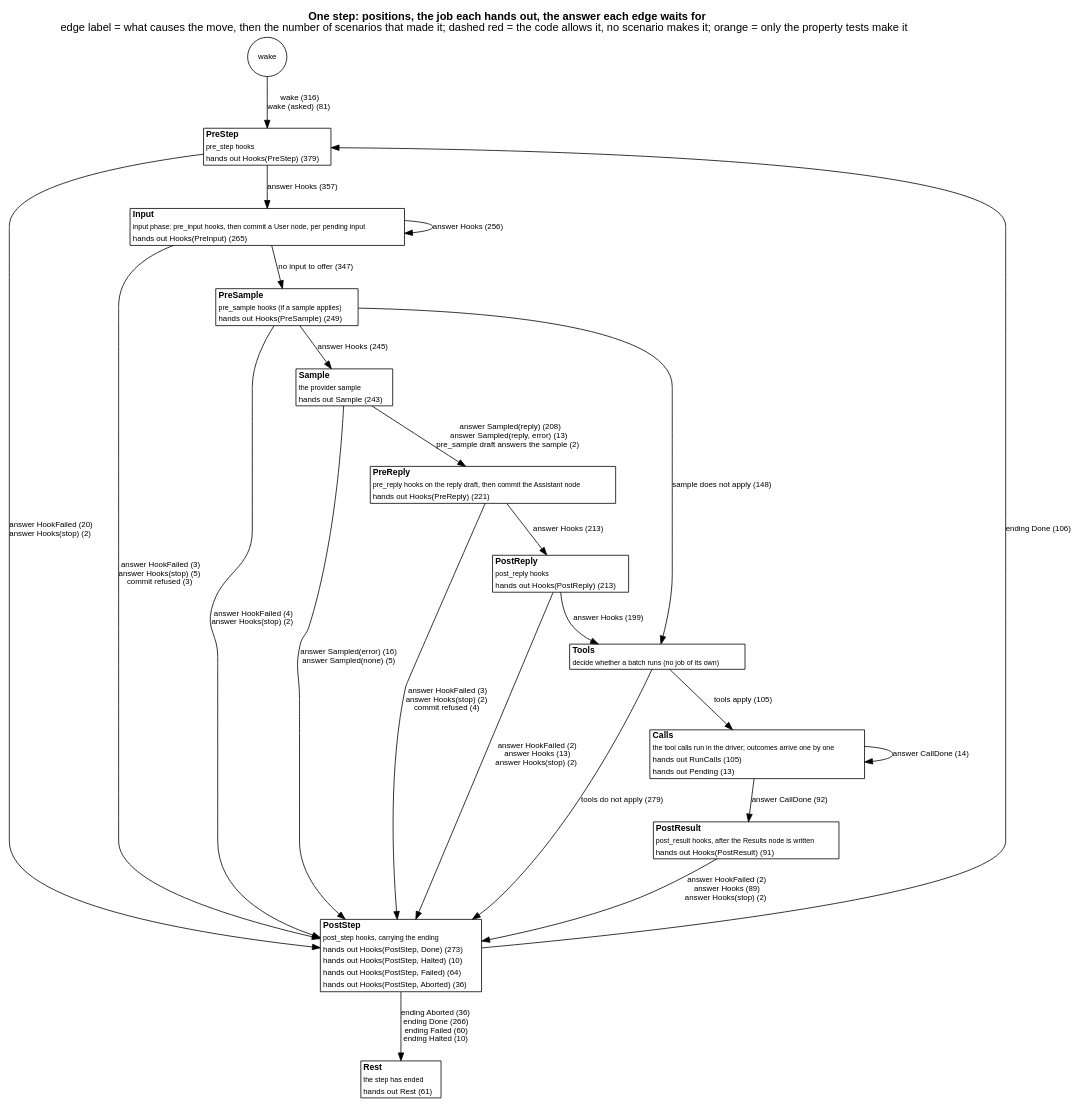
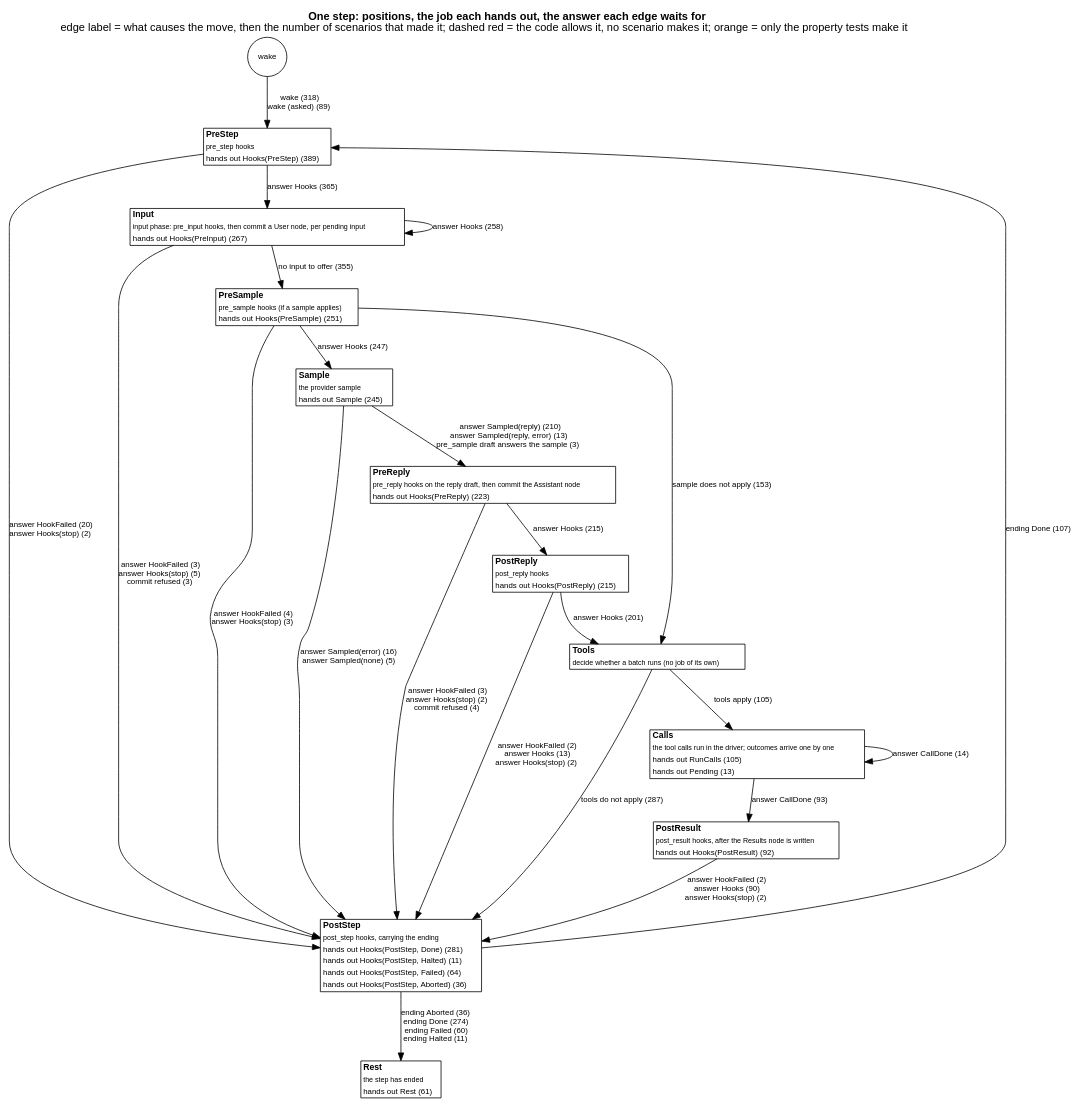
Before and after one commit to jmccardle/tau: the diagram in docs/as-built/diagrams/step-positions.dot, drawn with Graphviz. The commit also changed 37 other files, not shown here.

```diff
--- a/docs/as-built/diagrams/step-positions.dot
+++ b/docs/as-built/diagrams/step-positions.dot
@@ -1,40 +1,40 @@
 // Generated by scripts/diagrams.sh from the test suites' transitions. Do not edit.
 digraph step_positions {
   graph [rankdir=TB, fontname="Helvetica", nodesep=0.5, ranksep=0.6, labelloc=t, label=<<b>One step: positions, the job each hands out, the answer each edge waits for</b><br/>edge label = what causes the move, then the number of scenarios that made it; dashed red = the code allows it, no scenario makes it; orange = only the property tests make it>];
   node [shape=plain, fontname="Helvetica", fontsize=11];
   edge [fontname="Helvetica", fontsize=10];
   "(wake)" [shape=circle, label="wake", fontsize=10];
-  "PreStep" [label=<<table border="1" cellborder="0" cellspacing="0" bgcolor="white"><tr><td align="left"><b>PreStep</b></td></tr><tr><td align="left"><font point-size="9">pre_step hooks</font></td></tr><tr><td align="left"><font color="black" point-size="10">hands out Hooks(PreStep) (379)</font></td></tr></table>>];
-  "Input" [label=<<table border="1" cellborder="0" cellspacing="0" bgcolor="white"><tr><td align="left"><b>Input</b></td></tr><tr><td align="left"><font point-size="9">input phase: pre_input hooks, then commit a User node, per pending input</font></td></tr><tr><td align="left"><font color="black" point-size="10">hands out Hooks(PreInput) (265)</font></td></tr></table>>];
-  "PreSample" [label=<<table border="1" cellborder="0" cellspacing="0" bgcolor="white"><tr><td align="left"><b>PreSample</b></td></tr><tr><td align="left"><font point-size="9">pre_sample hooks (if a sample applies)</font></td></tr><tr><td align="left"><font color="black" point-size="10">hands out Hooks(PreSample) (249)</font></td></tr></table>>];
-  "Sample" [label=<<table border="1" cellborder="0" cellspacing="0" bgcolor="white"><tr><td align="left"><b>Sample</b></td></tr><tr><td align="left"><font point-size="9">the provider sample</font></td></tr><tr><td align="left"><font color="black" point-size="10">hands out Sample (243)</font></td></tr></table>>];
-  "PreReply" [label=<<table border="1" cellborder="0" cellspacing="0" bgcolor="white"><tr><td align="left"><b>PreReply</b></td></tr><tr><td align="left"><font point-size="9">pre_reply hooks on the reply draft, then commit the Assistant node</font></td></tr><tr><td align="left"><font color="black" point-size="10">hands out Hooks(PreReply) (221)</font></td></tr></table>>];
-  "PostReply" [label=<<table border="1" cellborder="0" cellspacing="0" bgcolor="white"><tr><td align="left"><b>PostReply</b></td></tr><tr><td align="left"><font point-size="9">post_reply hooks</font></td></tr><tr><td align="left"><font color="black" point-size="10">hands out Hooks(PostReply) (213)</font></td></tr></table>>];
+  "PreStep" [label=<<table border="1" cellborder="0" cellspacing="0" bgcolor="white"><tr><td align="left"><b>PreStep</b></td></tr><tr><td align="left"><font point-size="9">pre_step hooks</font></td></tr><tr><td align="left"><font color="black" point-size="10">hands out Hooks(PreStep) (389)</font></td></tr></table>>];
+  "Input" [label=<<table border="1" cellborder="0" cellspacing="0" bgcolor="white"><tr><td align="left"><b>Input</b></td></tr><tr><td align="left"><font point-size="9">input phase: pre_input hooks, then commit a User node, per pending input</font></td></tr><tr><td align="left"><font color="black" point-size="10">hands out Hooks(PreInput) (267)</font></td></tr></table>>];
+  "PreSample" [label=<<table border="1" cellborder="0" cellspacing="0" bgcolor="white"><tr><td align="left"><b>PreSample</b></td></tr><tr><td align="left"><font point-size="9">pre_sample hooks (if a sample applies)</font></td></tr><tr><td align="left"><font color="black" point-size="10">hands out Hooks(PreSample) (251)</font></td></tr></table>>];
+  "Sample" [label=<<table border="1" cellborder="0" cellspacing="0" bgcolor="white"><tr><td align="left"><b>Sample</b></td></tr><tr><td align="left"><font point-size="9">the provider sample</font></td></tr><tr><td align="left"><font color="black" point-size="10">hands out Sample (245)</font></td></tr></table>>];
+  "PreReply" [label=<<table border="1" cellborder="0" cellspacing="0" bgcolor="white"><tr><td align="left"><b>PreReply</b></td></tr><tr><td align="left"><font point-size="9">pre_reply hooks on the reply draft, then commit the Assistant node</font></td></tr><tr><td align="left"><font color="black" point-size="10">hands out Hooks(PreReply) (223)</font></td></tr></table>>];
+  "PostReply" [label=<<table border="1" cellborder="0" cellspacing="0" bgcolor="white"><tr><td align="left"><b>PostReply</b></td></tr><tr><td align="left"><font point-size="9">post_reply hooks</font></td></tr><tr><td align="left"><font color="black" point-size="10">hands out Hooks(PostReply) (215)</font></td></tr></table>>];
   "Tools" [label=<<table border="1" cellborder="0" cellspacing="0" bgcolor="white"><tr><td align="left"><b>Tools</b></td></tr><tr><td align="left"><font point-size="9">decide whether a batch runs (no job of its own)</font></td></tr></table>>];
   "Calls" [label=<<table border="1" cellborder="0" cellspacing="0" bgcolor="white"><tr><td align="left"><b>Calls</b></td></tr><tr><td align="left"><font point-size="9">the tool calls run in the driver; outcomes arrive one by one</font></td></tr><tr><td align="left"><font color="black" point-size="10">hands out RunCalls (105)</font></td></tr><tr><td align="left"><font color="black" point-size="10">hands out Pending (13)</font></td></tr></table>>];
-  "PostResult" [label=<<table border="1" cellborder="0" cellspacing="0" bgcolor="white"><tr><td align="left"><b>PostResult</b></td></tr><tr><td align="left"><font point-size="9">post_result hooks, after the Results node is written</font></td></tr><tr><td align="left"><font color="black" point-size="10">hands out Hooks(PostResult) (91)</font></td></tr></table>>];
-  "PostStep" [label=<<table border="1" cellborder="0" cellspacing="0" bgcolor="white"><tr><td align="left"><b>PostStep</b></td></tr><tr><td align="left"><font point-size="9">post_step hooks, carrying the ending</font></td></tr><tr><td align="left"><font color="black" point-size="10">hands out Hooks(PostStep, Done) (273)</font></td></tr><tr><td align="left"><font color="black" point-size="10">hands out Hooks(PostStep, Halted) (10)</font></td></tr><tr><td align="left"><font color="black" point-size="10">hands out Hooks(PostStep, Failed) (64)</font></td></tr><tr><td align="left"><font color="black" point-size="10">hands out Hooks(PostStep, Aborted) (36)</font></td></tr></table>>];
+  "PostResult" [label=<<table border="1" cellborder="0" cellspacing="0" bgcolor="white"><tr><td align="left"><b>PostResult</b></td></tr><tr><td align="left"><font point-size="9">post_result hooks, after the Results node is written</font></td></tr><tr><td align="left"><font color="black" point-size="10">hands out Hooks(PostResult) (92)</font></td></tr></table>>];
+  "PostStep" [label=<<table border="1" cellborder="0" cellspacing="0" bgcolor="white"><tr><td align="left"><b>PostStep</b></td></tr><tr><td align="left"><font point-size="9">post_step hooks, carrying the ending</font></td></tr><tr><td align="left"><font color="black" point-size="10">hands out Hooks(PostStep, Done) (281)</font></td></tr><tr><td align="left"><font color="black" point-size="10">hands out Hooks(PostStep, Halted) (11)</font></td></tr><tr><td align="left"><font color="black" point-size="10">hands out Hooks(PostStep, Failed) (64)</font></td></tr><tr><td align="left"><font color="black" point-size="10">hands out Hooks(PostStep, Aborted) (36)</font></td></tr></table>>];
   "Rest" [label=<<table border="1" cellborder="0" cellspacing="0" bgcolor="white"><tr><td align="left"><b>Rest</b></td></tr><tr><td align="left"><font point-size="9">the step has ended</font></td></tr><tr><td align="left"><font color="black" point-size="10">hands out Rest (61)</font></td></tr></table>>];
-  "(wake)" -> "PreStep" [label=<wake (316)<br/>wake (asked) (81)>, color="black", style=solid];
+  "(wake)" -> "PreStep" [label=<wake (318)<br/>wake (asked) (89)>, color="black", style=solid];
   "Calls" -> "Calls" [label=<answer CallDone (14)>, color="black", style=solid];
-  "Calls" -> "PostResult" [label=<answer CallDone (92)>, color="black", style=solid];
-  "Input" -> "Input" [label=<answer Hooks (256)>, color="black", style=solid];
+  "Calls" -> "PostResult" [label=<answer CallDone (93)>, color="black", style=solid];
+  "Input" -> "Input" [label=<answer Hooks (258)>, color="black", style=solid];
   "Input" -> "PostStep" [label=<answer HookFailed (3)<br/>answer Hooks(stop) (5)<br/>commit refused (3)>, color="black", style=solid];
-  "Input" -> "PreSample" [label=<no input to offer (347)>, color="black", style=solid];
+  "Input" -> "PreSample" [label=<no input to offer (355)>, color="black", style=solid];
   "PostReply" -> "PostStep" [label=<answer HookFailed (2)<br/>answer Hooks (13)<br/>answer Hooks(stop) (2)>, color="black", style=solid];
-  "PostReply" -> "Tools" [label=<answer Hooks (199)>, color="black", style=solid];
-  "PostResult" -> "PostStep" [label=<answer HookFailed (2)<br/>answer Hooks (89)<br/>answer Hooks(stop) (2)>, color="black", style=solid];
-  "PostStep" -> "PreStep" [label=<ending Done (106)>, color="black", style=solid];
-  "PostStep" -> "Rest" [label=<ending Aborted (36)<br/>ending Done (266)<br/>ending Failed (60)<br/>ending Halted (10)>, color="black", style=solid];
-  "PreReply" -> "PostReply" [label=<answer Hooks (213)>, color="black", style=solid];
+  "PostReply" -> "Tools" [label=<answer Hooks (201)>, color="black", style=solid];
+  "PostResult" -> "PostStep" [label=<answer HookFailed (2)<br/>answer Hooks (90)<br/>answer Hooks(stop) (2)>, color="black", style=solid];
+  "PostStep" -> "PreStep" [label=<ending Done (107)>, color="black", style=solid];
+  "PostStep" -> "Rest" [label=<ending Aborted (36)<br/>ending Done (274)<br/>ending Failed (60)<br/>ending Halted (11)>, color="black", style=solid];
+  "PreReply" -> "PostReply" [label=<answer Hooks (215)>, color="black", style=solid];
   "PreReply" -> "PostStep" [label=<answer HookFailed (3)<br/>answer Hooks(stop) (2)<br/>commit refused (4)>, color="black", style=solid];
-  "PreSample" -> "PostStep" [label=<answer HookFailed (4)<br/>answer Hooks(stop) (2)>, color="black", style=solid];
-  "PreSample" -> "Sample" [label=<answer Hooks (245)>, color="black", style=solid];
-  "PreSample" -> "Tools" [label=<sample does not apply (148)>, color="black", style=solid];
-  "PreStep" -> "Input" [label=<answer Hooks (357)>, color="black", style=solid];
+  "PreSample" -> "PostStep" [label=<answer HookFailed (4)<br/>answer Hooks(stop) (3)>, color="black", style=solid];
+  "PreSample" -> "Sample" [label=<answer Hooks (247)>, color="black", style=solid];
+  "PreSample" -> "Tools" [label=<sample does not apply (153)>, color="black", style=solid];
+  "PreStep" -> "Input" [label=<answer Hooks (365)>, color="black", style=solid];
   "PreStep" -> "PostStep" [label=<answer HookFailed (20)<br/>answer Hooks(stop) (2)>, color="black", style=solid];
   "Sample" -> "PostStep" [label=<answer Sampled(error) (16)<br/>answer Sampled(none) (5)>, color="black", style=solid];
-  "Sample" -> "PreReply" [label=<answer Sampled(reply) (208)<br/>answer Sampled(reply, error) (13)<br/>pre_sample draft answers the sample (2)>, color="black", style=solid];
+  "Sample" -> "PreReply" [label=<answer Sampled(reply) (210)<br/>answer Sampled(reply, error) (13)<br/>pre_sample draft answers the sample (3)>, color="black", style=solid];
   "Tools" -> "Calls" [label=<tools apply (105)>, color="black", style=solid];
-  "Tools" -> "PostStep" [label=<tools do not apply (279)>, color="black", style=solid];
+  "Tools" -> "PostStep" [label=<tools do not apply (287)>, color="black", style=solid];
 }
```
